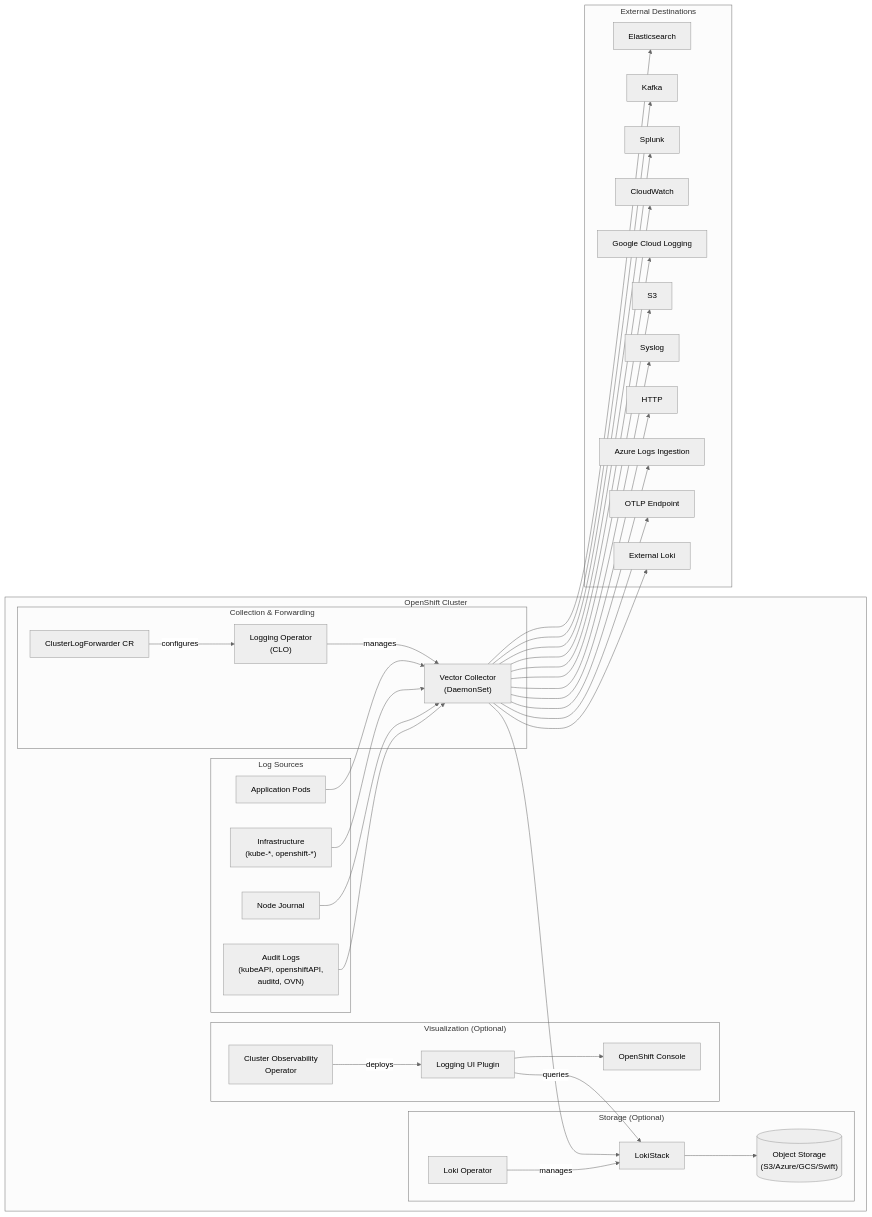
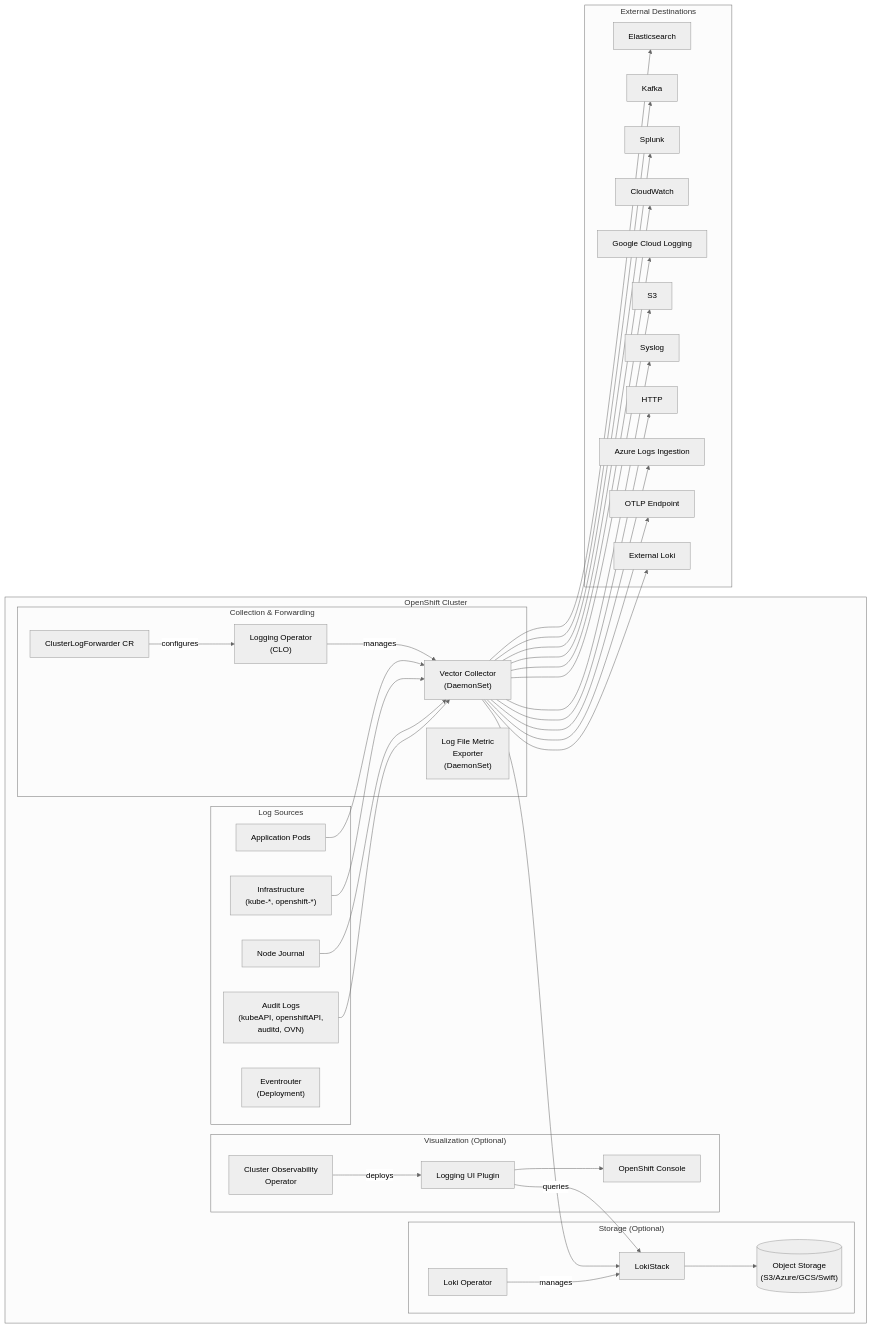
One commit to rhobs/redhat-openshift-logging-workspace changed the first of 2 diagrams in ARCHITECTURE.md. Above: the diagram before and after it, drawn with Mermaid (neutral theme). The commit also changed other lines of this file and 3 other files, not shown here.

````diff
--- a/ARCHITECTURE.md
+++ b/ARCHITECTURE.md
@@ -7,70 +7,72 @@
 ```mermaid
 graph LR
     subgraph "OpenShift Cluster"
         subgraph "Log Sources"
             APP["Application Pods"]
             INFRA["Infrastructure<br/>(kube-*, openshift-*)"]
             JOURNAL["Node Journal"]
             AUDIT["Audit Logs<br/>(kubeAPI, openshiftAPI,<br/>auditd, OVN)"]
+            EROUTER["Eventrouter<br/>(Deployment)"]
         end
 
         subgraph "Collection & Forwarding"
             CLO["Logging Operator<br/>(CLO)"]
             CLF["ClusterLogForwarder CR"]
             VECTOR["Vector Collector<br/>(DaemonSet)"]
+            LFME["Log File Metric<br/>Exporter<br/>(DaemonSet)"]
         end
 
         subgraph "Storage (Optional)"
             LOKIOP["Loki Operator"]
             LOKISTACK["LokiStack"]
             OBJSTORE[("Object Storage<br/>(S3/Azure/GCS/Swift)")]
         end
 
         subgraph "Visualization (Optional)"
             COO["Cluster Observability<br/>Operator"]
             UIPLUGIN["Logging UI Plugin"]
             CONSOLE["OpenShift Console"]
         end
     end
 
     subgraph "External Destinations"
         ES["Elasticsearch"]
         KAFKA["Kafka"]
         SPLUNK["Splunk"]
         CW["CloudWatch"]
         GCL["Google Cloud Logging"]
         S3["S3"]
         SYSLOG["Syslog"]
         HTTP["HTTP"]
         AZURE["Azure Logs Ingestion"]
         OTLP["OTLP Endpoint"]
         EXTLOKI["External Loki"]
     end
 
     CLO -->|"manages"| VECTOR
     CLF -->|"configures"| CLO
     APP --> VECTOR
     INFRA --> VECTOR
     JOURNAL --> VECTOR
     AUDIT --> VECTOR
 
     VECTOR --> LOKISTACK
     VECTOR --> ES
     VECTOR --> KAFKA
     VECTOR --> SPLUNK
     VECTOR --> CW
     VECTOR --> GCL
     VECTOR --> S3
     VECTOR --> SYSLOG
     VECTOR --> HTTP
     VECTOR --> AZURE
     VECTOR --> OTLP
     VECTOR --> EXTLOKI
 
     LOKIOP -->|"manages"| LOKISTACK
     LOKISTACK --> OBJSTORE
 
     COO -->|"deploys"| UIPLUGIN
     UIPLUGIN --> CONSOLE
     UIPLUGIN -->|"queries"| LOKISTACK
 ```
````
